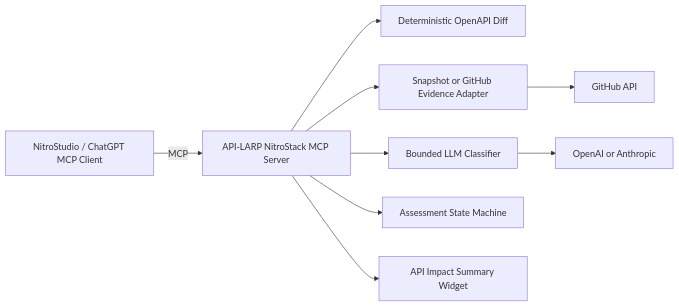
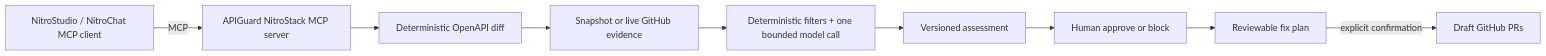
The diagram in README.md (arckrisofficial/api-larp), drawn with Mermaid before and after one commit. The commit also changed other lines of this file and 83 other files, not shown here.

Commit message:
feat: finalize APIGuard MCP workflow and guarded migration PRs

````diff
--- a/README.md
+++ b/README.md
@@ -79,11 +40,11 @@
 ```mermaid
 flowchart LR
-  Client[NitroStudio / ChatGPT MCP Client] -->|MCP| Server[API-LARP NitroStack MCP Server]
-  Server --> Diff[Deterministic OpenAPI Diff]
-  Server --> Evidence[Snapshot or GitHub Evidence Adapter]
-  Server --> Risk[Bounded LLM Classifier]
-  Server --> State[Assessment State Machine]
-  Server --> Widget[API Impact Summary Widget]
-  Evidence --> GitHub[GitHub API]
-  Risk --> Model[OpenAI or Anthropic]
+  C[NitroStudio / NitroChat MCP client] -->|MCP| S[APIGuard NitroStack MCP server]
+  S --> D[Deterministic OpenAPI diff]
+  D --> E[Snapshot or live GitHub evidence]
+  E --> R[Deterministic filters + one bounded model call]
+  R --> A[Versioned assessment]
+  A --> H[Human approve or block]
+  H --> F[Reviewable fix plan]
+  F -->|explicit confirmation| P[Draft GitHub PRs]
 ```
````
